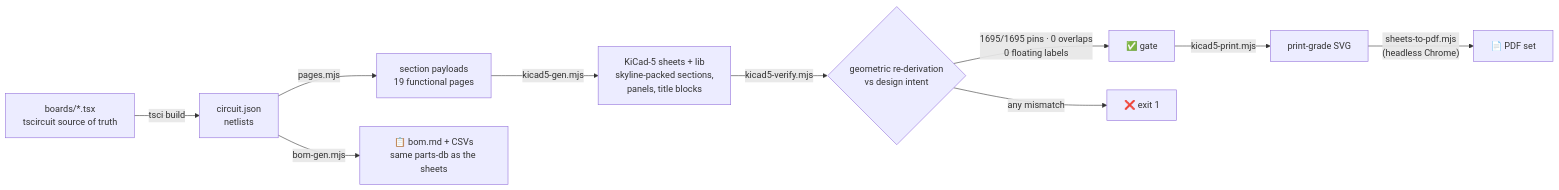
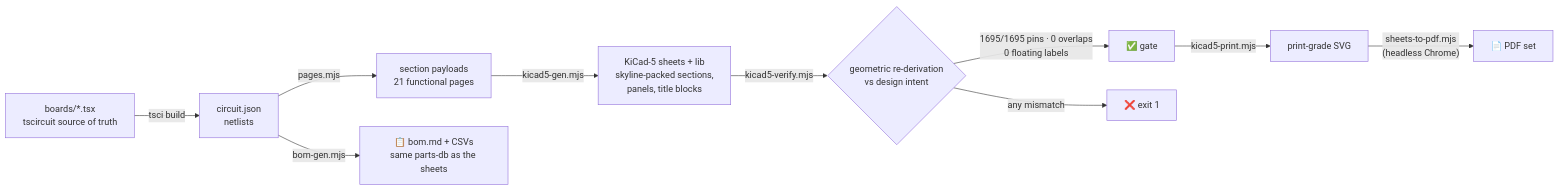
The eighth of 9 diagrams in README.md (vectivolt/Traction-Inverter-GEN-1), drawn with Mermaid before and after one commit. The commit also changed other lines of this file and 37 other files, not shown here.

````diff
--- a/README.md
+++ b/README.md
@@ -432,12 +436,12 @@
 ```mermaid
 flowchart LR
   TSX["boards/*.tsx<br/>tscircuit source of truth"] -->|tsci build| CJ["circuit.json<br/>netlists"]
-  CJ -->|pages.mjs| PG["section payloads<br/>19 functional pages"]
+  CJ -->|pages.mjs| PG["section payloads<br/>21 functional pages"]
   PG -->|kicad5-gen.mjs| SCH["KiCad-5 sheets + lib<br/>skyline-packed sections,<br/>panels, title blocks"]
   SCH -->|kicad5-verify.mjs| V{"geometric re-derivation<br/>vs design intent"}
   V -->|"1695/1695 pins · 0 overlaps<br/>0 floating labels"| OK["✅ gate"]
   V -->|any mismatch| FAIL["❌ exit 1"]
   OK -->|kicad5-print.mjs| SVG["print-grade SVG"]
   SVG -->|"sheets-to-pdf.mjs<br/>(headless Chrome)"| PDF["📄 PDF set"]
   CJ -->|bom-gen.mjs| BOM["📋 bom.md + CSVs<br/>same parts-db as the sheets"]
 ```
````
